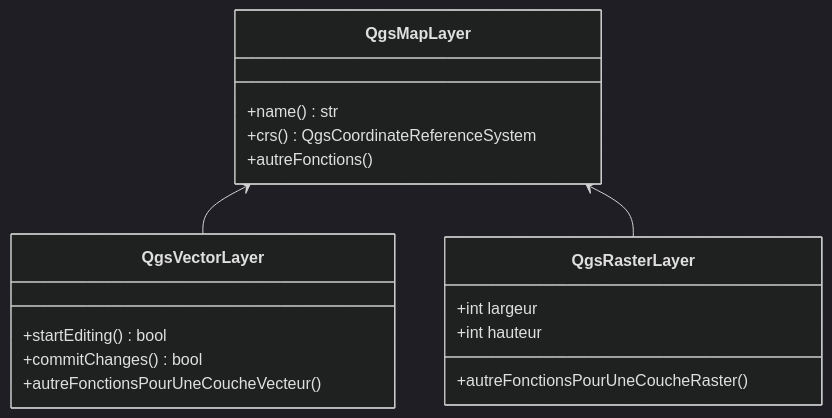
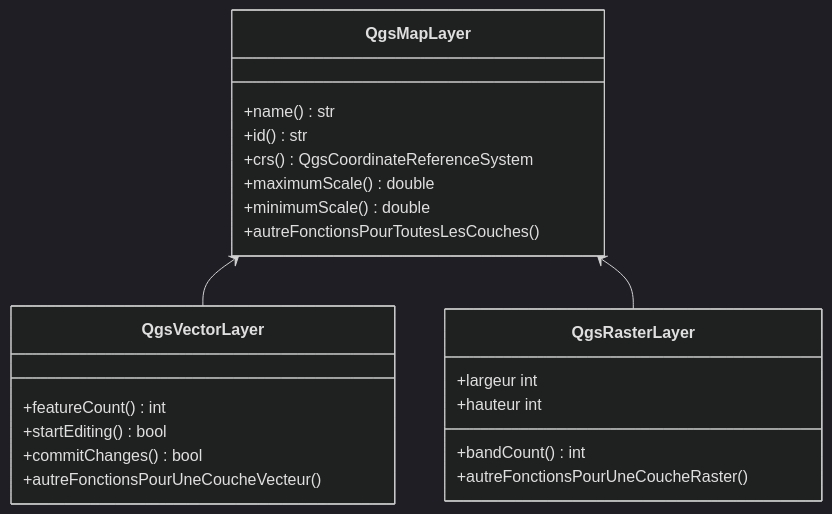
Before and after one commit to 3liz/formation-pyqgis: the third of 3 diagrams in docs/console.md, drawn with Mermaid (dark theme). The commit also changed other lines of this file and 1 other file, not shown here.

Commit message:
MAJ chapitre fonctions et scripts

````diff
--- a/docs/console.md
+++ b/docs/console.md
@@ -188,23 +256,28 @@
 ```mermaid
 classDiagram
 class QgsMapLayer{
     +name() str
+    +id() str
     +crs() QgsCoordinateReferenceSystem
-    +autreFonctions()
+    +maximumScale() double
+    +minimumScale() double
+    +autreFonctionsPourToutesLesCouches()
 }
 
 class QgsVectorLayer{
+    +featureCount() int
     +startEditing() bool
     +commitChanges() bool
     +autreFonctionsPourUneCoucheVecteur()
 }
 
 class QgsRasterLayer{
-    +int largeur
-    +int hauteur
+    +bandCount() int
+    +largeur int
+    +hauteur int
     +autreFonctionsPourUneCoucheRaster()
 }
 
 QgsMapLayer <-- QgsVectorLayer
 QgsMapLayer <-- QgsRasterLayer
 ```
````
